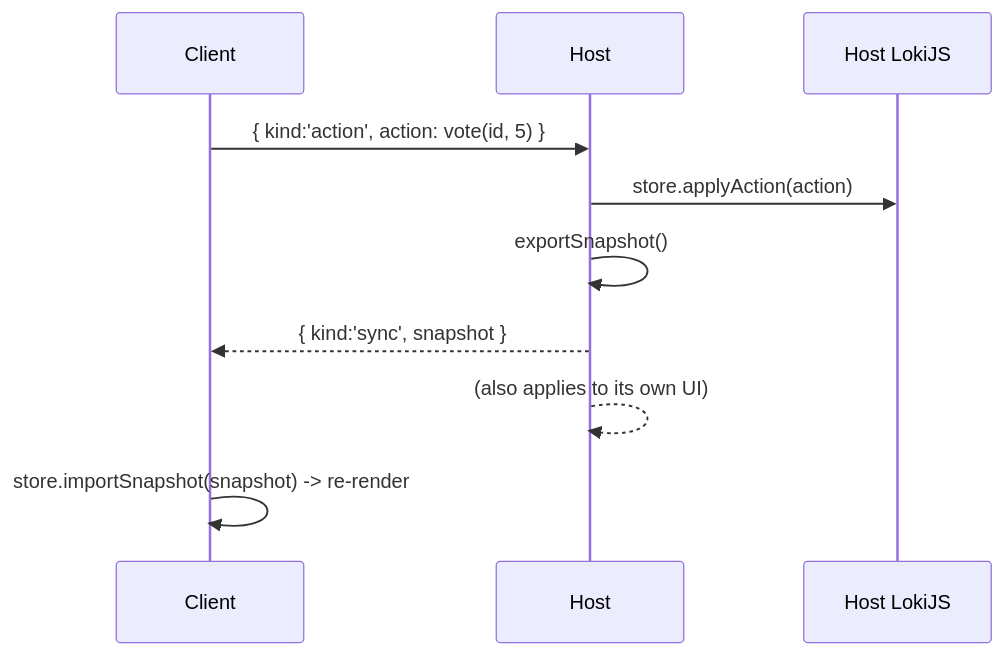
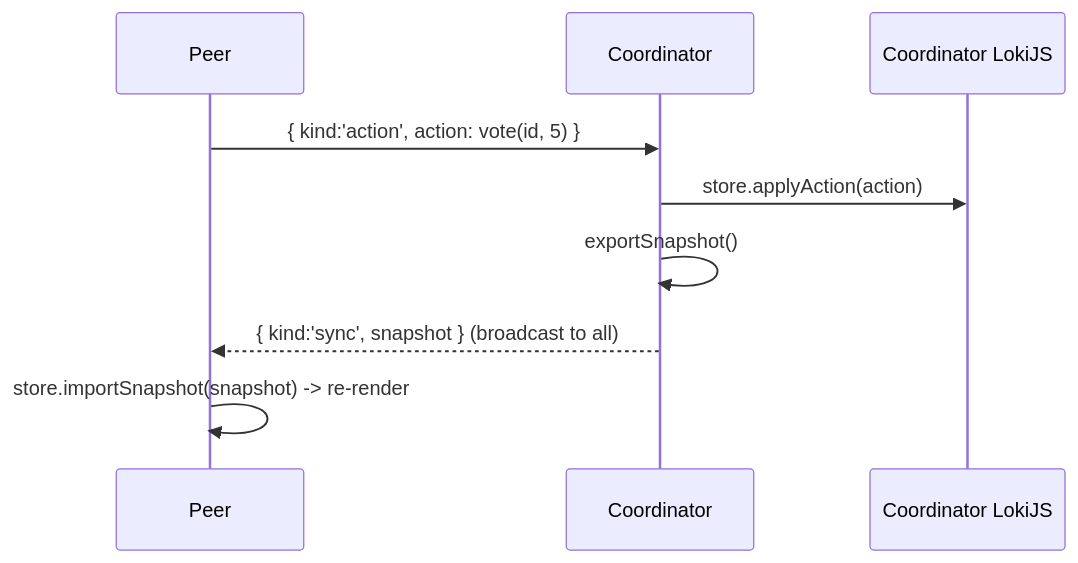
One commit to Pedjon/planning-poker changed the fourth of 4 diagrams in docs/webrtc.md. Above: the diagram before and after it, drawn with Mermaid. The commit also changed other lines of this file and 6 other files, not shown here.

````diff
--- a/docs/webrtc.md
+++ b/docs/webrtc.md
@@ -93,12 +133,11 @@
 ```mermaid
 sequenceDiagram
-  participant C as Client
-  participant H as Host
-  participant S as Host LokiJS
-  C->>H: { kind:'action', action: vote(id, 5) }
-  H->>S: store.applyAction(action)
-  H->>H: exportSnapshot()
-  H-->>C: { kind:'sync', snapshot }
-  H-->>H: (also applies to its own UI)
-  C->>C: store.importSnapshot(snapshot) -> re-render
+  participant P as Peer
+  participant K as Coordinator
+  participant S as Coordinator LokiJS
+  P->>K: { kind:'action', action: vote(id, 5) }
+  K->>S: store.applyAction(action)
+  K->>K: exportSnapshot()
+  K-->>P: { kind:'sync', snapshot }   (broadcast to all)
+  P->>P: store.importSnapshot(snapshot) -> re-render
 ```
````
